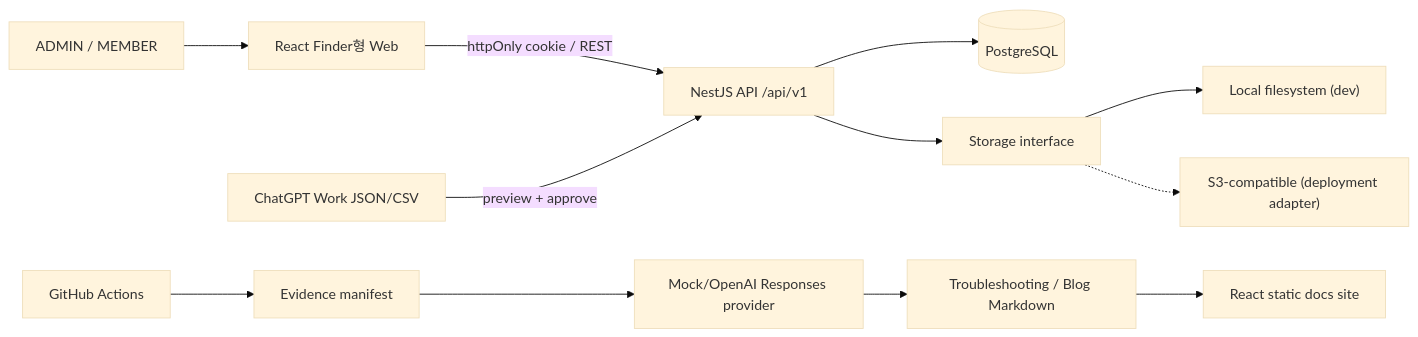
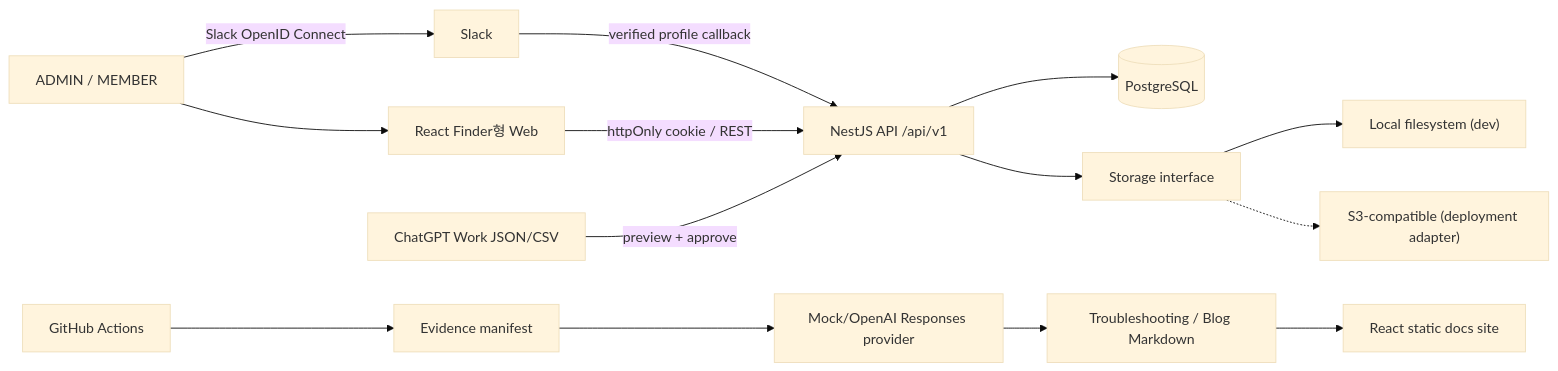
One commit to edder773/careerground changed the first of 2 diagrams in docs/architecture/system-overview.md. Above: the diagram before and after it, drawn with Mermaid (base theme). The commit also changed other lines of this file and 41 other files, not shown here.

````diff
--- a/docs/architecture/system-overview.md
+++ b/docs/architecture/system-overview.md
@@ -5,14 +5,16 @@
 ```mermaid
 flowchart LR
   U["ADMIN / MEMBER"] --> W["React Finder형 Web"]
+  U -->|"Slack OpenID Connect"| SI["Slack"]
+  SI -->|"verified profile callback"| A
   W -->|"httpOnly cookie / REST"| A["NestJS API /api/v1"]
   A --> P[("PostgreSQL")]
   A --> S["Storage interface"]
   S --> L["Local filesystem (dev)"]
   S -.-> O["S3-compatible (deployment adapter)"]
   C["ChatGPT Work JSON/CSV"] -->|"preview + approve"| A
   G["GitHub Actions"] --> E["Evidence manifest"]
   E --> R["Mock/OpenAI Responses provider"]
   R --> D["Troubleshooting / Blog Markdown"]
   D --> DS["React static docs site"]
 ```
````
